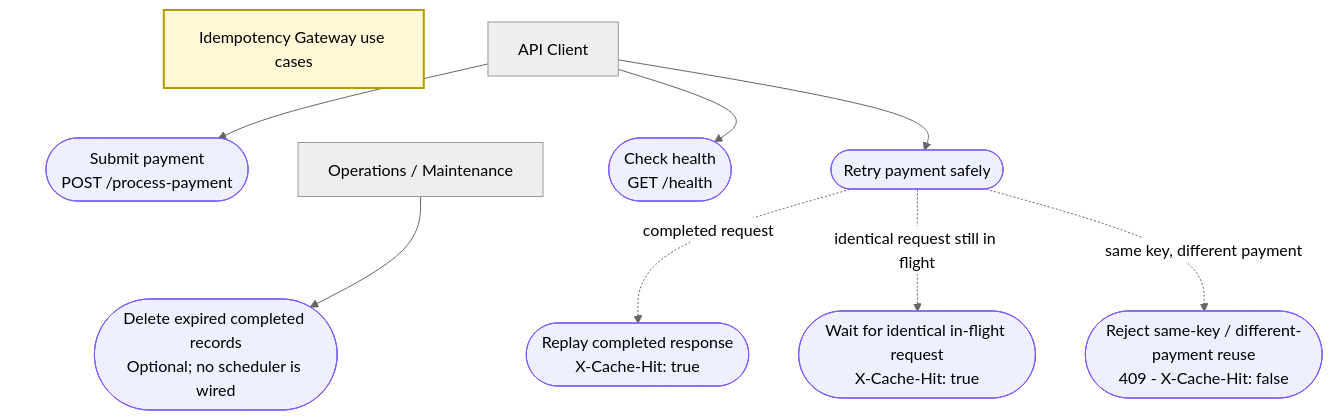
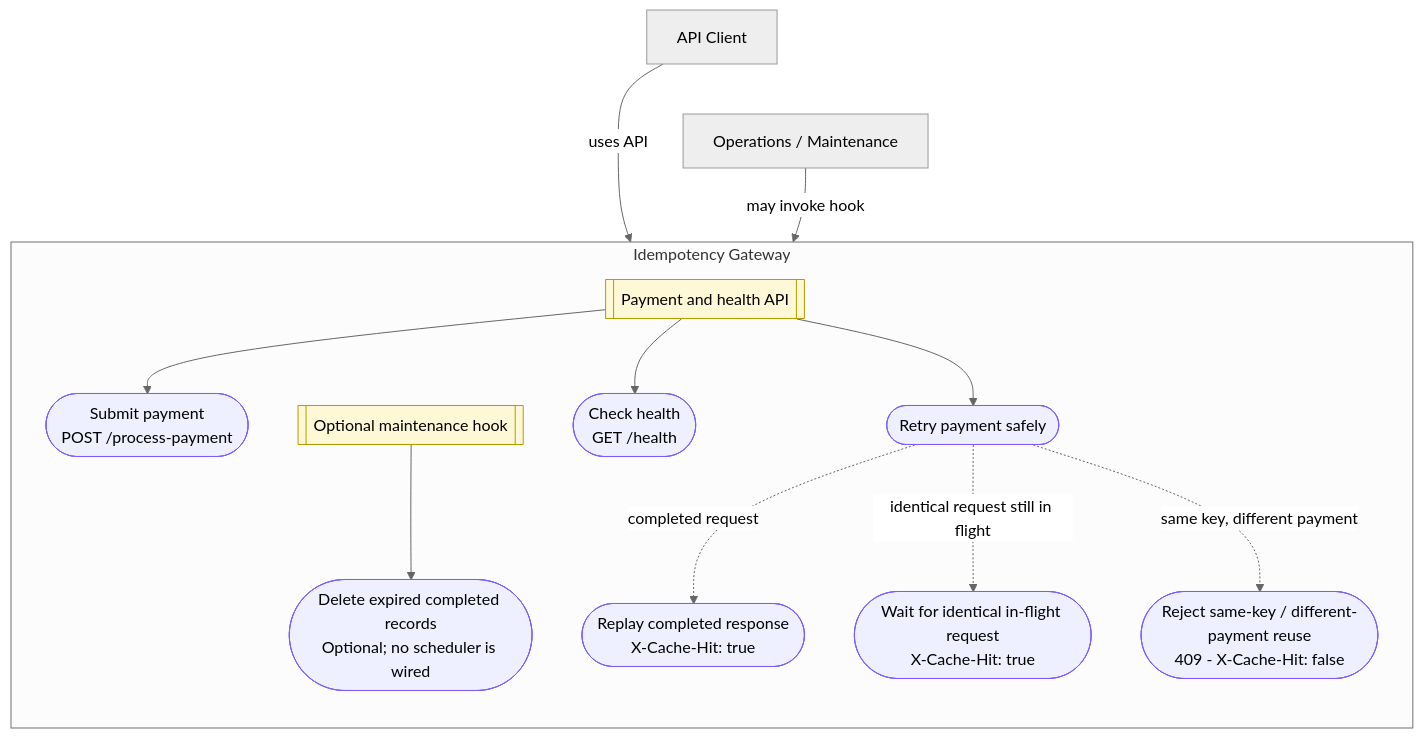
Before and after one commit to amalitechglobaltraining/Idempotency-Gateway: the diagram in docs/use-case-diagram.md, drawn with Mermaid (neutral theme). The commit also changed other lines of this file and 1 other file, not shown here.

Commit message:
docs: restore gateway system boundary

````diff
--- a/docs/use-case-diagram.md
+++ b/docs/use-case-diagram.md
@@ -9,31 +9,35 @@
 ```mermaid
 flowchart TB
     Client[API Client]
     Operations[Operations / Maintenance]
     Client ~~~ Operations
-    Gateway[Idempotency Gateway use cases]
-    Submit([Submit payment<br/>POST /process-payment])
-    Retry([Retry payment safely])
-    Replay([Replay completed response<br/>X-Cache-Hit: true])
-    Wait([Wait for identical in-flight request<br/>X-Cache-Hit: true])
-    Conflict([Reject same-key / different-payment reuse<br/>409 - X-Cache-Hit: false])
-    Health([Check health<br/>GET /health])
-    Cleanup([Delete expired completed records<br/>Optional; no scheduler is wired])
 
-    Gateway ~~~ Submit
-    Gateway ~~~ Retry
-    Gateway ~~~ Health
-    Gateway ~~~ Cleanup
-    Client --> Submit
-    Client --> Retry
-    Client --> Health
-    Operations --> Cleanup
+    subgraph Gateway[Idempotency Gateway]
+        direction TB
+        APIInterface[[Payment and health API]]
+        MaintenanceInterface[[Optional maintenance hook]]
+        Submit([Submit payment<br/>POST /process-payment])
+        Retry([Retry payment safely])
+        Replay([Replay completed response<br/>X-Cache-Hit: true])
+        Wait([Wait for identical in-flight request<br/>X-Cache-Hit: true])
+        Conflict([Reject same-key / different-payment reuse<br/>409 - X-Cache-Hit: false])
+        Health([Check health<br/>GET /health])
+        Cleanup([Delete expired completed records<br/>Optional; no scheduler is wired])
 
-    Retry -. completed request .-> Replay
-    Retry -. identical request still in flight .-> Wait
-    Retry -. same key, different payment .-> Conflict
+        APIInterface --> Submit
+        APIInterface --> Retry
+        APIInterface --> Health
+        MaintenanceInterface --> Cleanup
+        Retry -. completed request .-> Replay
+        Retry -. identical request still in flight .-> Wait
+        Retry -. same key, different payment .-> Conflict
+    end
+
+    Client -->|uses API| Gateway
+    Operations -->|may invoke hook| Gateway
 
     classDef gatewayUseCase fill:#eef0ff,stroke:#7c5cff,stroke-width:1px
     class Submit,Retry,Replay,Wait,Conflict,Health,Cleanup gatewayUseCase
-    style Gateway fill:#fff8d6,stroke:#b59b00,stroke-width:2px
+    classDef gatewayInterface fill:#fff8d6,stroke:#b59b00,stroke-width:1px
+    class APIInterface,MaintenanceInterface gatewayInterface
 ```
````
